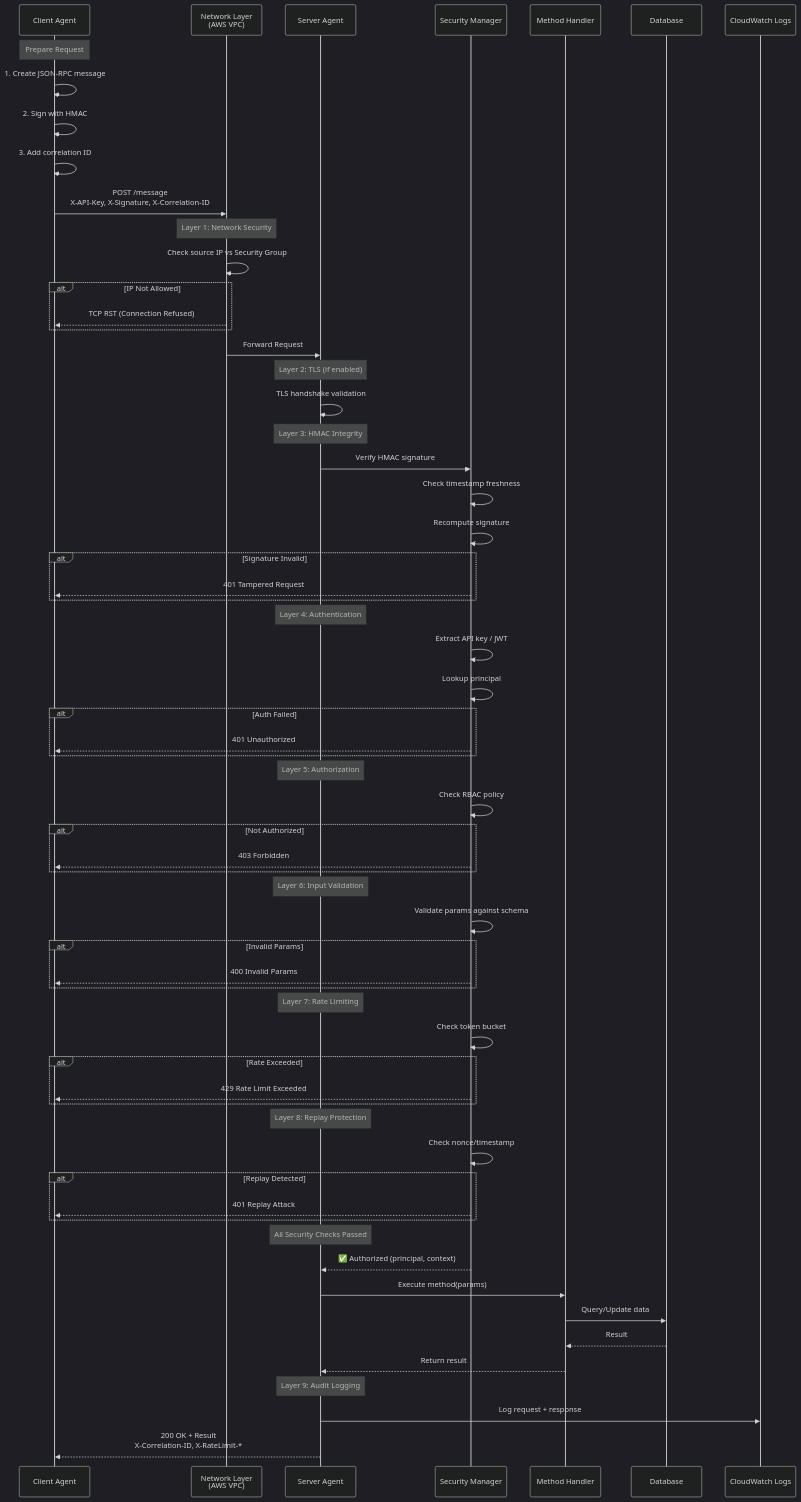
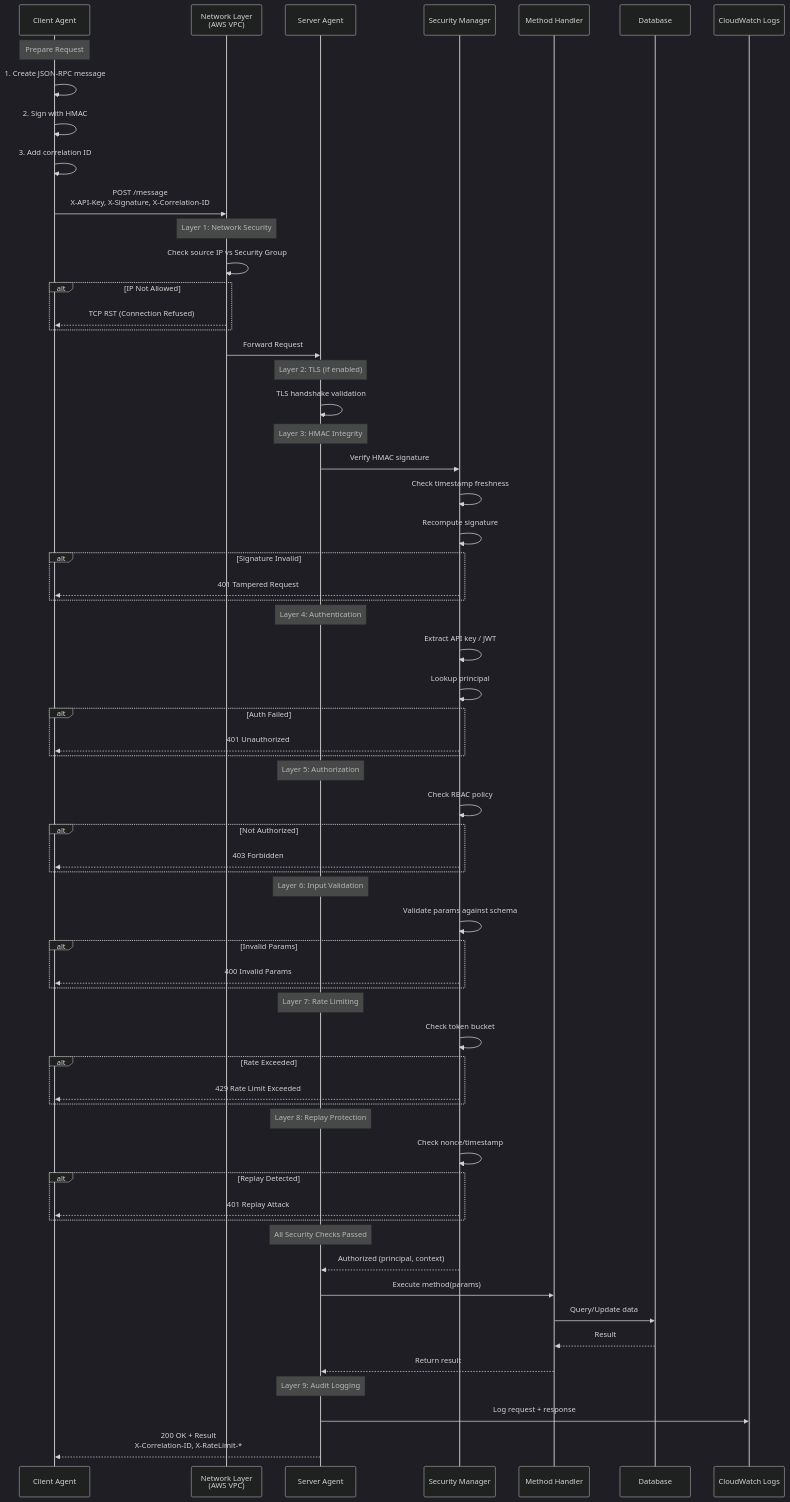
One commit to jaafar-benabderrazak/ca_a2a changed diagram 13 of 13 in A2A_PROTOCOL_SECURITY_TECHNICAL.md. Above: the diagram before and after it, drawn with Mermaid (dark theme). The commit also changed other lines of this file and 19 other files, not shown here.

First line of the commit message:
Add comprehensive test_security_enhanced.py documentation and remove emojis from all GitHub docs

````diff
--- a/A2A_PROTOCOL_SECURITY_TECHNICAL.md
+++ b/A2A_PROTOCOL_SECURITY_TECHNICAL.md
@@ -1364,80 +1364,80 @@
 ```mermaid
 sequenceDiagram
-    participant Client as Client Agent
-    participant Network as Network Layer<br/>(AWS VPC)
-    participant Server as Server Agent
-    participant Security as Security Manager
-    participant Handler as Method Handler
-    participant DB as Database
-    participant Logs as CloudWatch Logs
-    
-    Note over Client: Prepare Request
-    Client->>Client: 1. Create JSON-RPC message
-    Client->>Client: 2. Sign with HMAC
-    Client->>Client: 3. Add correlation ID
-    
-    Client->>Network: POST /message<br/>X-API-Key, X-Signature, X-Correlation-ID
-    
-    Note over Network: Layer 1: Network Security
-    Network->>Network: Check source IP vs Security Group
-    alt IP Not Allowed
-        Network-->>Client: TCP RST (Connection Refused)
-    end
-    
-    Network->>Server: Forward Request
-    
-    Note over Server: Layer 2: TLS (if enabled)
-    Server->>Server: TLS handshake validation
-    
-    Note over Server: Layer 3: HMAC Integrity
-    Server->>Security: Verify HMAC signature
-    Security->>Security: Check timestamp freshness
-    Security->>Security: Recompute signature
-    alt Signature Invalid
-        Security-->>Client: 401 Tampered Request
-    end
-    
-    Note over Server: Layer 4: Authentication
-    Security->>Security: Extract API key / JWT
-    Security->>Security: Lookup principal
-    alt Auth Failed
-        Security-->>Client: 401 Unauthorized
-    end
-    
-    Note over Server: Layer 5: Authorization
-    Security->>Security: Check RBAC policy
-    alt Not Authorized
-        Security-->>Client: 403 Forbidden
-    end
-    
-    Note over Server: Layer 6: Input Validation
-    Security->>Security: Validate params against schema
-    alt Invalid Params
-        Security-->>Client: 400 Invalid Params
-    end
-    
-    Note over Server: Layer 7: Rate Limiting
-    Security->>Security: Check token bucket
-    alt Rate Exceeded
-        Security-->>Client: 429 Rate Limit Exceeded
-    end
-    
-    Note over Server: Layer 8: Replay Protection
-    Security->>Security: Check nonce/timestamp
-    alt Replay Detected
-        Security-->>Client: 401 Replay Attack
-    end
-    
-    Note over Server: All Security Checks Passed
-    Security-->>Server: ✅ Authorized (principal, context)
-    
-    Server->>Handler: Execute method(params)
-    Handler->>DB: Query/Update data
-    DB-->>Handler: Result
-    Handler-->>Server: Return result
-    
-    Note over Server: Layer 9: Audit Logging
-    Server->>Logs: Log request + response
-    
-    Server-->>Client: 200 OK + Result<br/>X-Correlation-ID, X-RateLimit-*
+ participant Client as Client Agent
+ participant Network as Network Layer<br/>(AWS VPC)
+ participant Server as Server Agent
+ participant Security as Security Manager
+ participant Handler as Method Handler
+ participant DB as Database
+ participant Logs as CloudWatch Logs
+ 
+ Note over Client: Prepare Request
+ Client->>Client: 1. Create JSON-RPC message
+ Client->>Client: 2. Sign with HMAC
+ Client->>Client: 3. Add correlation ID
+ 
+ Client->>Network: POST /message<br/>X-API-Key, X-Signature, X-Correlation-ID
+ 
+ Note over Network: Layer 1: Network Security
+ Network->>Network: Check source IP vs Security Group
+ alt IP Not Allowed
+ Network-->>Client: TCP RST (Connection Refused)
+ end
+ 
+ Network->>Server: Forward Request
+ 
+ Note over Server: Layer 2: TLS (if enabled)
+ Server->>Server: TLS handshake validation
+ 
+ Note over Server: Layer 3: HMAC Integrity
+ Server->>Security: Verify HMAC signature
+ Security->>Security: Check timestamp freshness
+ Security->>Security: Recompute signature
+ alt Signature Invalid
+ Security-->>Client: 401 Tampered Request
+ end
+ 
+ Note over Server: Layer 4: Authentication
+ Security->>Security: Extract API key / JWT
+ Security->>Security: Lookup principal
+ alt Auth Failed
+ Security-->>Client: 401 Unauthorized
+ end
+ 
+ Note over Server: Layer 5: Authorization
+ Security->>Security: Check RBAC policy
+ alt Not Authorized
+ Security-->>Client: 403 Forbidden
+ end
+ 
+ Note over Server: Layer 6: Input Validation
+ Security->>Security: Validate params against schema
+ alt Invalid Params
+ Security-->>Client: 400 Invalid Params
+ end
+ 
+ Note over Server: Layer 7: Rate Limiting
+ Security->>Security: Check token bucket
+ alt Rate Exceeded
+ Security-->>Client: 429 Rate Limit Exceeded
+ end
+ 
+ Note over Server: Layer 8: Replay Protection
+ Security->>Security: Check nonce/timestamp
+ alt Replay Detected
+ Security-->>Client: 401 Replay Attack
+ end
+ 
+ Note over Server: All Security Checks Passed
+ Security-->>Server: Authorized (principal, context)
+ 
+ Server->>Handler: Execute method(params)
+ Handler->>DB: Query/Update data
+ DB-->>Handler: Result
+ Handler-->>Server: Return result
+ 
+ Note over Server: Layer 9: Audit Logging
+ Server->>Logs: Log request + response
+ 
+ Server-->>Client: 200 OK + Result<br/>X-Correlation-ID, X-RateLimit-*
 ```
````
